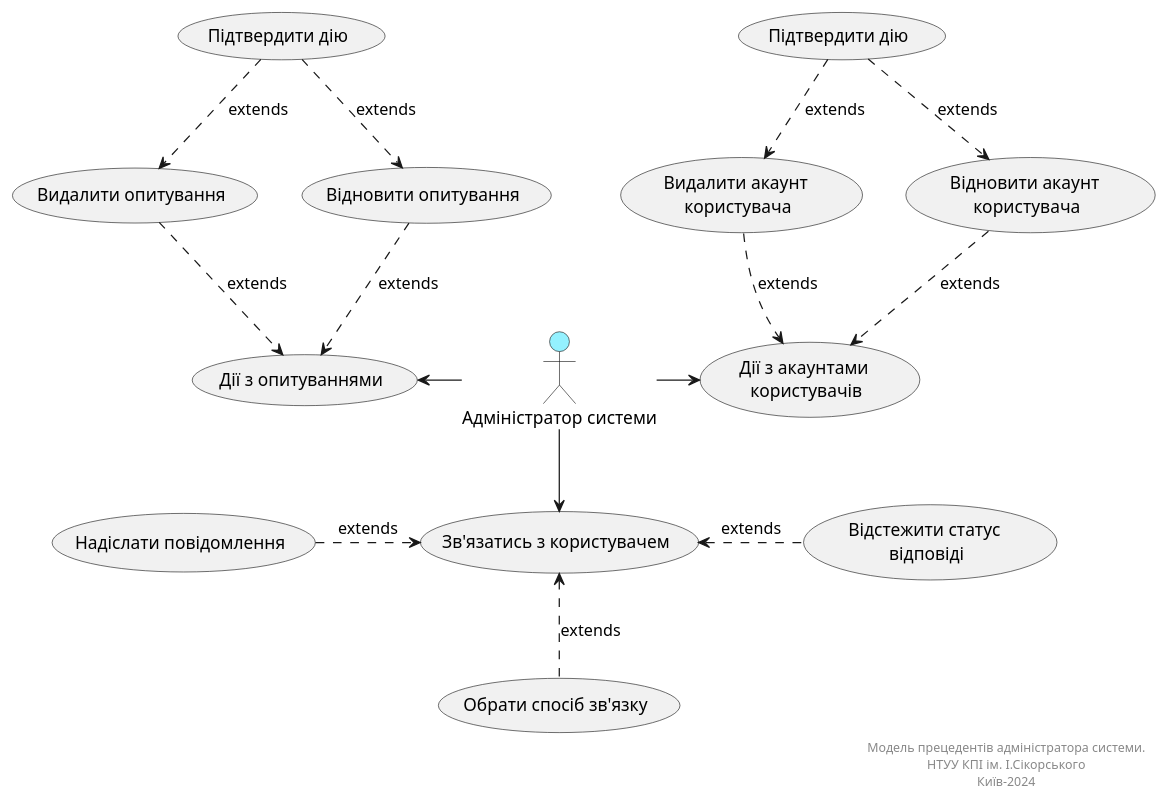
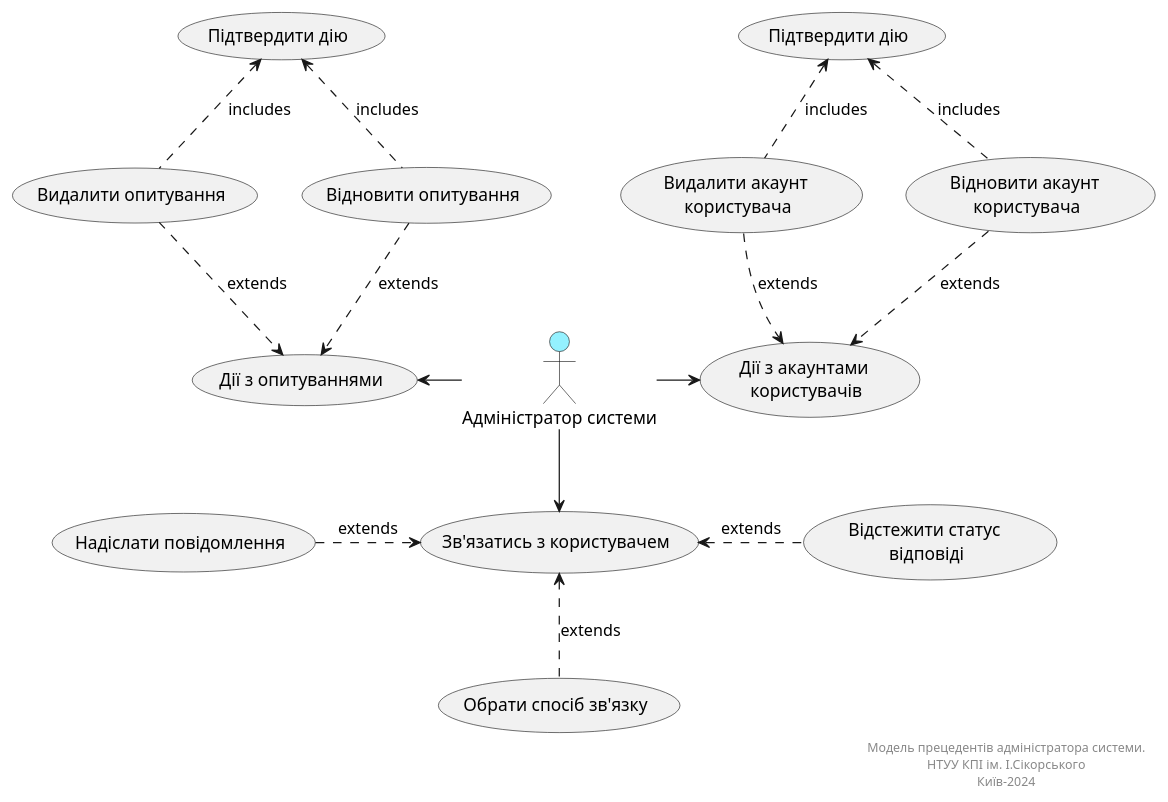
One commit to generalmaks/db_labs changed the fifth of 16 diagrams in docs/use_cases.md. Above: the diagram before and after it, drawn with PlantUML. The commit also changed other lines of this file, not shown here.

Commit message:
Fix some use case diagrams

````diff
--- a/docs/use_cases.md
+++ b/docs/use_cases.md
@@ -240,49 +240,49 @@
 ```plantuml
 @startuml
 actor "Адміністратор системи" as Admin #94f1ff
 
     usecase "Зв'язатись з користувачем" as UC_1.1
     usecase "Дії з акаунтами \nкористувачів" as UC_1.2
     usecase "Дії з опитуваннями" as UC_1.3
     
     usecase "Обрати спосіб зв'язку" as UC_1.1.1
     usecase "Відстежити статус \nвідповіді" as UC_1.1.2
     usecase "Надіслати повідомлення" as UC_1.1.3
     
     usecase "Видалити акаунт \nкористувача" as UC_1.2.1
     usecase "Відновити акаунт \nкористувача" as UC_1.2.2
     
     usecase "Видалити опитування" as UC_1.3.1
     usecase "Відновити опитування" as UC_1.3.2
     
     usecase "Підтвердити дію" as UC_1.2.12
     usecase "Підтвердити дію" as UC_1.3.12
     
     Admin -down-> UC_1.1
     Admin -right-> UC_1.2
     Admin -left-> UC_1.3
     
     UC_1.1.1 .up.> UC_1.1 :extends
     UC_1.1.2 .left.> UC_1.1 :extends
     UC_1.1.3 .right.> UC_1.1 :extends
     
     UC_1.2.1 ..> UC_1.2 :extends
     UC_1.2.2 ..> UC_1.2 :extends
     
     UC_1.3.1 ..> UC_1.3 :extends
     UC_1.3.2 ..> UC_1.3 :extends
     
-    UC_1.2.12 ..> UC_1.2.1 :extends
-    UC_1.2.12 ..> UC_1.2.2 :extends
+    UC_1.2.12 <.. UC_1.2.1 :includes
+    UC_1.2.12 <.. UC_1.2.2 :includes
     
-    UC_1.3.12 ..> UC_1.3.1 :extends
-    UC_1.3.12 ..> UC_1.3.2 :extends
+    UC_1.3.12 <.. UC_1.3.1 :includes
+    UC_1.3.12 <.. UC_1.3.2 :includes
         
     right footer
         Модель прецедентів адміністратора системи.
         НТУУ КПІ ім. І.Сікорського
         Київ-2024
     end footer
 
 @enduml
 ```
````
